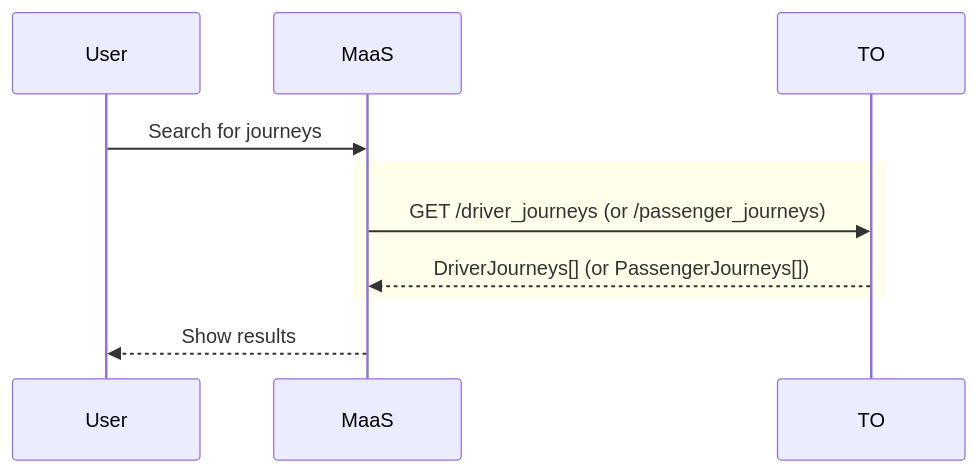
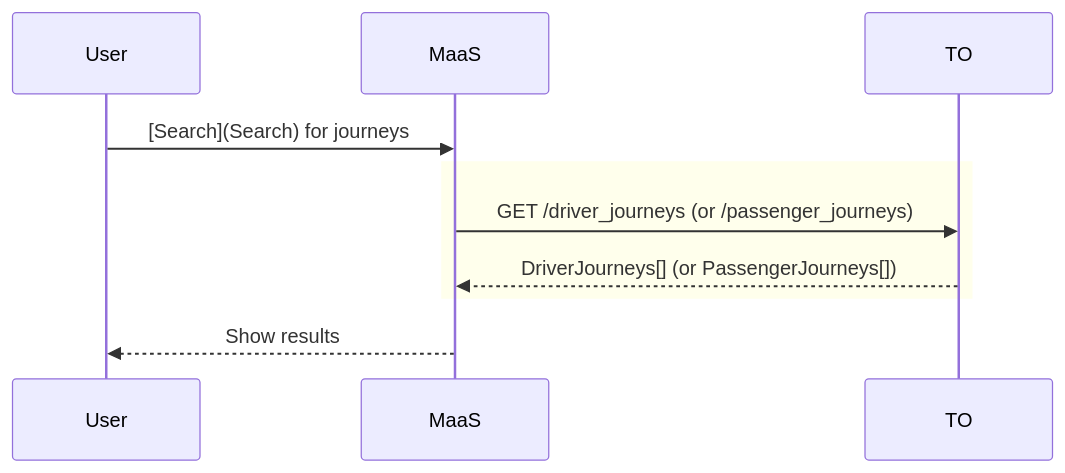
One commit to fabmob/standard-covoiturage changed the diagram in docs/src/search.md. Above: the diagram before and after it, drawn with Mermaid. The commit also changed other lines of this file and 4 other files, not shown here.

````diff
--- a/docs/src/search.md
+++ b/docs/src/search.md
@@ -26,12 +15,12 @@
 ```mermaid
 sequenceDiagram
     participant U as User
     participant M as MaaS
     participant T as TO
-    U->>M: Search for journeys
+    U->>M: [Search](Search) for journeys
     rect rgb(255, 255, 236)
     M->>T: GET /driver_journeys (or /passenger_journeys)
     T-->>M: DriverJourneys[] (or PassengerJourneys[])
     end
     M-->>U: Show results
 ```
````
